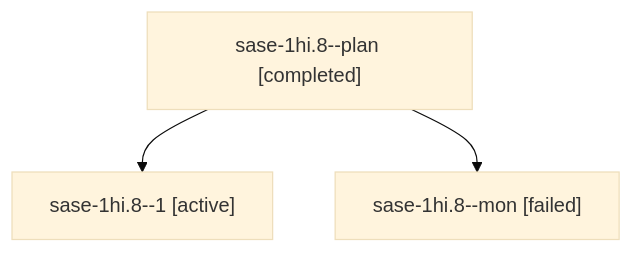
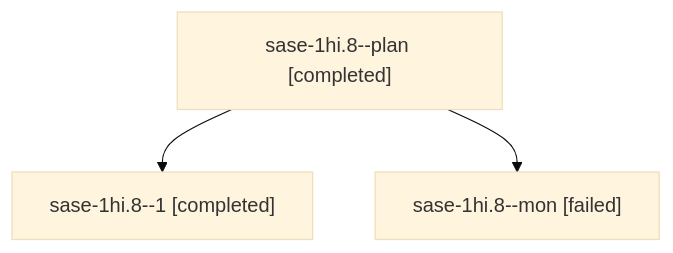
One commit to sase-org/sase--agents changed the diagram in sessions/bbugyi200.apollo.sase-1hi.8.md. Above: the diagram before and after it, drawn with Mermaid (base theme). The commit also changed other lines of this file and 58 other files, not shown here.

````diff
--- a/sessions/bbugyi200.apollo.sase-1hi.8.md
+++ b/sessions/bbugyi200.apollo.sase-1hi.8.md
@@ -9,8 +9,8 @@
 ```mermaid
 flowchart TD
   n0["sase-1hi.8--plan [completed]"]
-  n1["sase-1hi.8--1 [active]"]
+  n1["sase-1hi.8--1 [completed]"]
   n0 --> n1
   n2["sase-1hi.8--mon [failed]"]
   n0 --> n2
 ```
````
